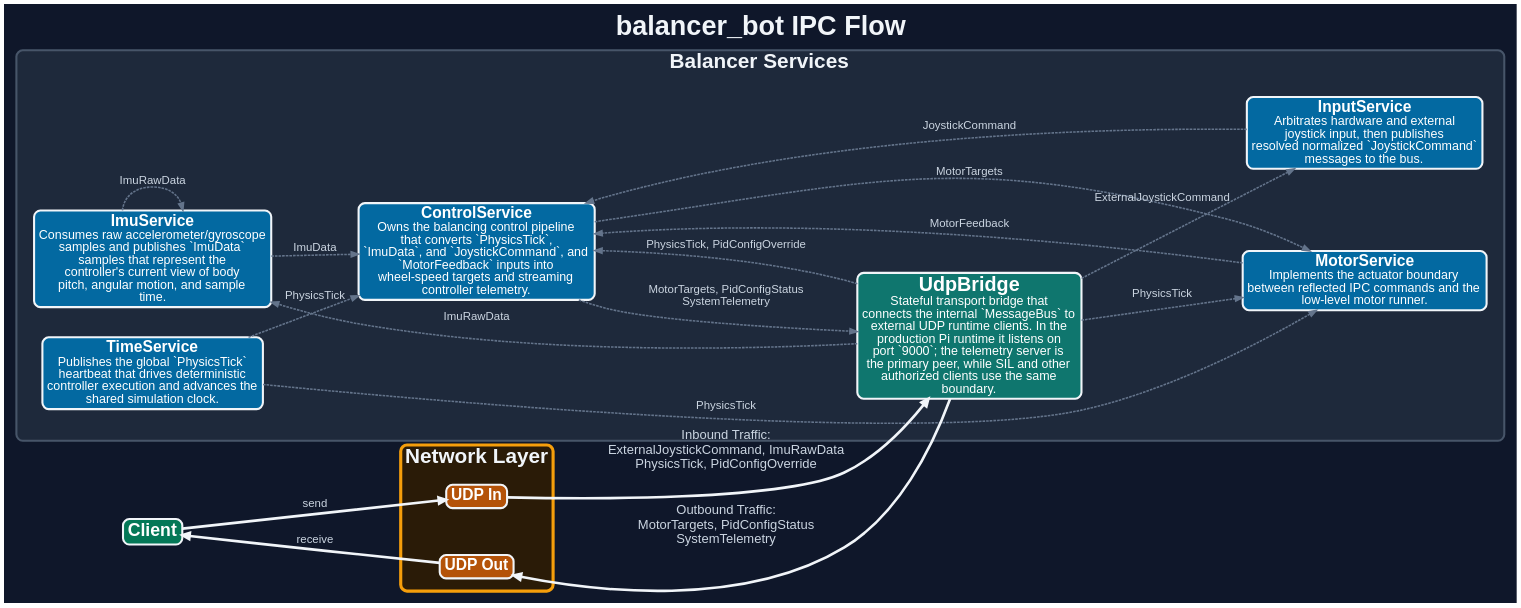
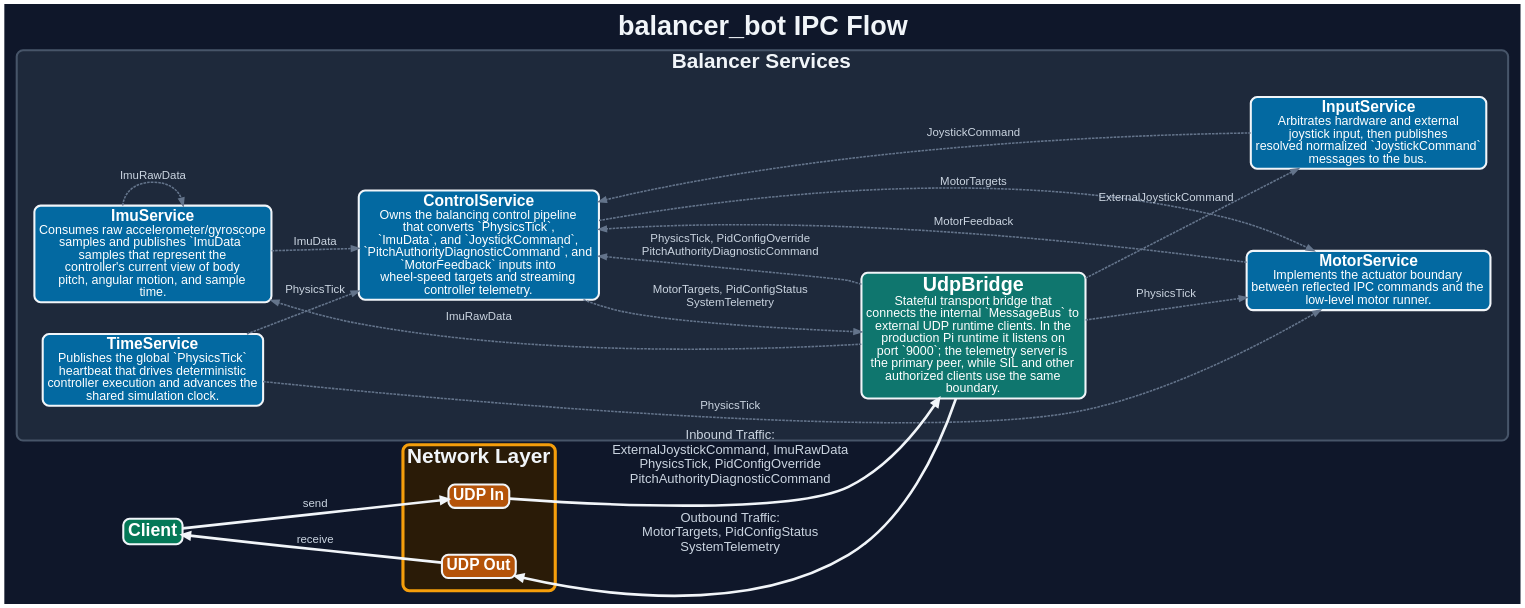
The diagram in doc/ipc/ipc_flow.dot (AxelBjork/balancer_bot), drawn with Graphviz before and after one commit. The commit also changed 54 other files, not shown here.

Commit message:
control: add COM trim and pitch-authority diagnostics

```diff
--- a/doc/ipc/ipc_flow.dot
+++ b/doc/ipc/ipc_flow.dot
@@ -1,91 +1,91 @@
 digraph IPC {
   rankdir=LR;
   bgcolor="#0F172A";
   pad=0.22;
   nodesep=0.62;
   ranksep=0.70;
   splines=spline;
   remincross=true;
 
   fontname="Helvetica,Arial,sans-serif";
   fontsize=52;
   fontcolor="#F1F5F9";
   label=<<B>balancer_bot IPC Flow</B>>;
   labelloc="t";
 
   node [fontname="Helvetica,Arial,sans-serif", shape=rect, style="filled,rounded", fixedsize=false, margin="0.12,0.08", fontsize=28, fontcolor="#FFFFFF", penwidth=4, color="#F1F5F9"];
 
   edge [fontname="Helvetica,Arial,sans-serif", fontsize=22, fontcolor="#CBD5E1", color="#64748B", penwidth=3.0, arrowsize=1.4, labelfloat=false, labeldistance=0.8, labelangle=10];
 
   subgraph cluster_sim {
     label=<<B><FONT POINT-SIZE="40">Balancer Services</FONT></B>>;
     fontcolor="#F1F5F9";
     style="rounded,filled";
     color="#475569";
     penwidth=4;
     fillcolor="#1E293B";
     margin=34;
     ImuService [
       fillcolor="#0369A1",
       label=<<B><FONT POINT-SIZE="30">ImuService</FONT></B><BR/><FONT POINT-SIZE="24">Consumes raw accelerometer/gyroscope<BR/>samples and publishes `ImuData`<BR/>samples that represent the<BR/>controller&apos;s current view of body<BR/>pitch, angular motion, and sample<BR/>time.</FONT>>
     ];
     TimeService [
       fillcolor="#0369A1",
       label=<<B><FONT POINT-SIZE="30">TimeService</FONT></B><BR/><FONT POINT-SIZE="24">Publishes the global `PhysicsTick`<BR/>heartbeat that drives deterministic<BR/>controller execution and advances the<BR/>shared simulation clock.</FONT>>
     ];
     ControlService [
       fillcolor="#0369A1",
-      label=<<B><FONT POINT-SIZE="30">ControlService</FONT></B><BR/><FONT POINT-SIZE="24">Owns the balancing control pipeline<BR/>that converts `PhysicsTick`,<BR/>`ImuData`, and `JoystickCommand`, and<BR/>`MotorFeedback` inputs into<BR/>wheel-speed targets and streaming<BR/>controller telemetry.</FONT>>
+      label=<<B><FONT POINT-SIZE="30">ControlService</FONT></B><BR/><FONT POINT-SIZE="24">Owns the balancing control pipeline<BR/>that converts `PhysicsTick`,<BR/>`ImuData`, and `JoystickCommand`,<BR/>`PitchAuthorityDiagnosticCommand`, and<BR/>`MotorFeedback` inputs into<BR/>wheel-speed targets and streaming<BR/>controller telemetry.</FONT>>
     ];
     MotorService [
       fillcolor="#0369A1",
       label=<<B><FONT POINT-SIZE="30">MotorService</FONT></B><BR/><FONT POINT-SIZE="24">Implements the actuator boundary<BR/>between reflected IPC commands and the<BR/>low-level motor runner.</FONT>>
     ];
     InputService [
       fillcolor="#0369A1",
       label=<<B><FONT POINT-SIZE="30">InputService</FONT></B><BR/><FONT POINT-SIZE="24">Arbitrates hardware and external<BR/>joystick input, then publishes<BR/>resolved normalized `JoystickCommand`<BR/>messages to the bus.</FONT>>
     ];
     UdpBridge [
       fillcolor="#0F766E",
       label=<<B><FONT POINT-SIZE="38">UdpBridge</FONT></B><BR/><FONT POINT-SIZE="24">Stateful transport bridge that<BR/>connects the internal `MessageBus` to<BR/>external UDP runtime clients. In the<BR/>production Pi runtime it listens on<BR/>port `9000`; the telemetry server is<BR/>the primary peer, while SIL and other<BR/>authorized clients use the same<BR/>boundary.</FONT>>
     ];
   }
 
   subgraph cluster_sockets {
     label=<<B><FONT POINT-SIZE="40">Network Layer</FONT></B>>;
     fontcolor="#F1F5F9";
     style="rounded,filled";
     color="#F59E0B";
     penwidth=6;
     fillcolor="#2A1B07";
     margin=24;
 
     { rank=same; TX; RX; }
 
     TX [fillcolor="#B45309", label=<<B><FONT POINT-SIZE="30">UDP In</FONT></B>>];
     RX [fillcolor="#B45309", label=<<B><FONT POINT-SIZE="30">UDP Out</FONT></B>>];
     TX -> RX [style=invis, weight=50, constraint=false];
   }
 
   Client [fillcolor="#047857", label=<<B><FONT POINT-SIZE="34">Client</FONT></B>>];
 
   Client -> TX [label="send", color="#F1F5F9", penwidth=5];
-  TX -> UdpBridge [label="Inbound Traffic:\nExternalJoystickCommand, ImuRawData\nPhysicsTick, PidConfigOverride", color="#F1F5F9", penwidth=5, fontsize=25];
+  TX -> UdpBridge [label="Inbound Traffic:\nExternalJoystickCommand, ImuRawData\nPhysicsTick, PidConfigOverride\nPitchAuthorityDiagnosticCommand", color="#F1F5F9", penwidth=5, fontsize=25];
 
   // Internal Service Logic
   ControlService -> MotorService [label="MotorTargets", style=dashed];
   ControlService -> UdpBridge [label="MotorTargets, PidConfigStatus\nSystemTelemetry", style=dashed];
   ImuService -> ControlService [label="ImuData", style=dashed];
   ImuService -> ImuService [label="ImuRawData", style=dashed];
   InputService -> ControlService [label="JoystickCommand", style=dashed];
   MotorService -> ControlService [label="MotorFeedback", style=dashed];
   TimeService -> ControlService [label="PhysicsTick", style=dashed];
   TimeService -> MotorService [label="PhysicsTick", style=dashed];
-  UdpBridge -> ControlService [label="PhysicsTick, PidConfigOverride", style=dashed];
+  UdpBridge -> ControlService [label="PhysicsTick, PidConfigOverride\nPitchAuthorityDiagnosticCommand", style=dashed];
   UdpBridge -> ImuService [label="ImuRawData", style=dashed];
   UdpBridge -> InputService [label="ExternalJoystickCommand", style=dashed];
   UdpBridge -> MotorService [label="PhysicsTick", style=dashed];
 
   RX -> UdpBridge [label="Outbound Traffic:\nMotorTargets, PidConfigStatus\nSystemTelemetry", color="#F1F5F9", penwidth=5, dir=back, fontsize=25, arrowtail=normal];
   Client -> RX [label="receive", color="#F1F5F9", penwidth=5, dir=back, arrowtail=normal];
 }
```
